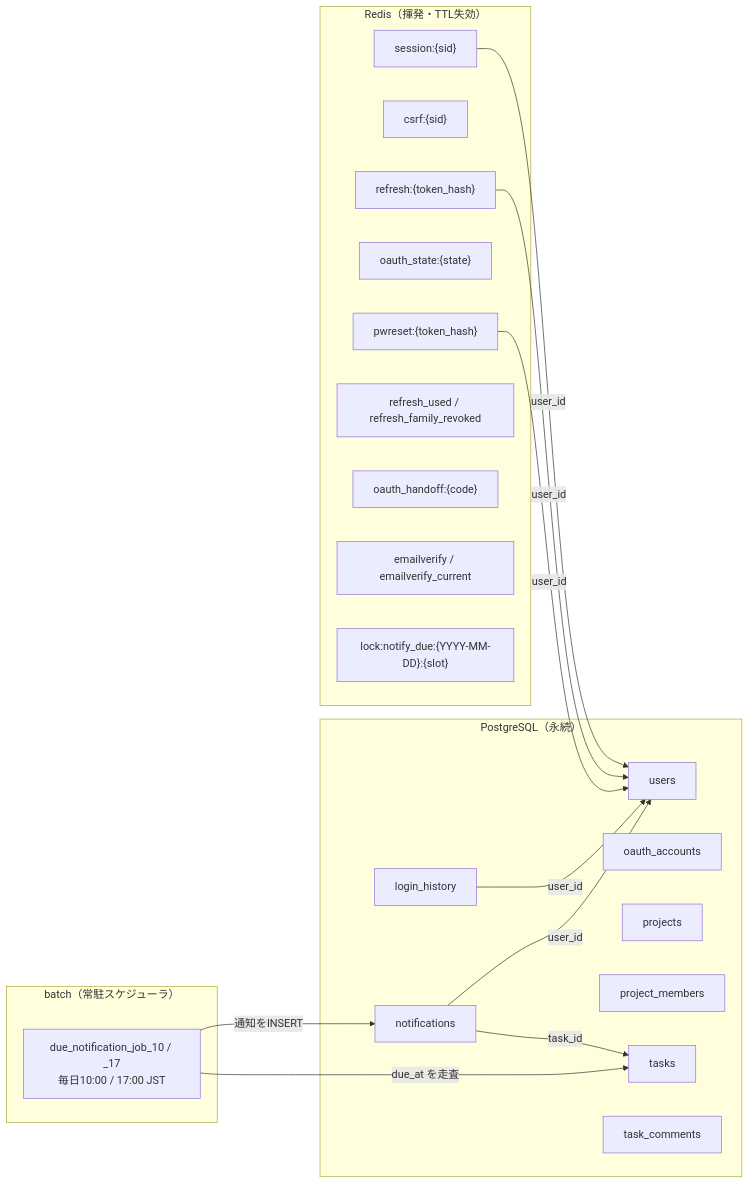
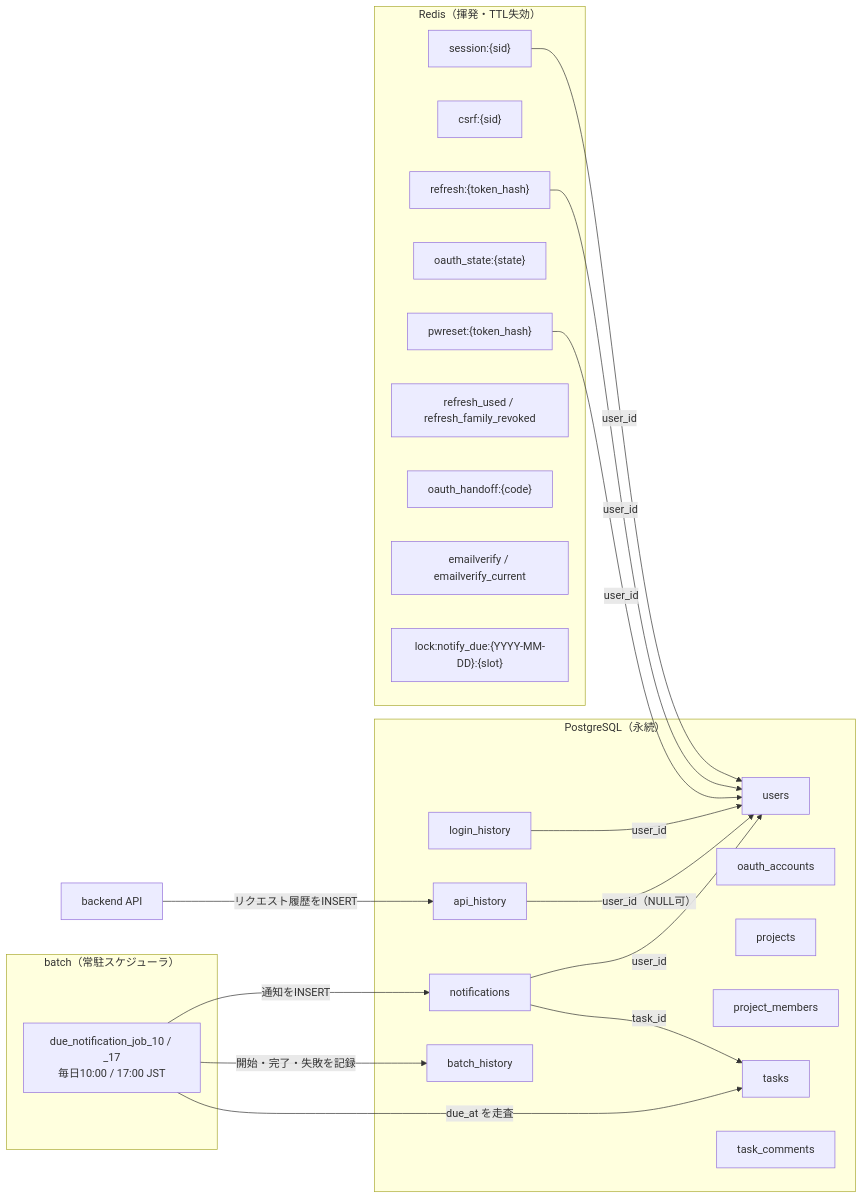
The seventh of 7 diagrams in basic_design/00_overview.md (oikawa-d/task_management), drawn with Mermaid before and after one commit. The commit also changed other lines of this file and 21 other files, not shown here.

````diff
--- a/basic_design/00_overview.md
+++ b/basic_design/00_overview.md
@@ -281,38 +282,43 @@
 ```mermaid
 flowchart LR
     subgraph redis["Redis（揮発・TTL失効）"]
         S1["session:{sid}"]
         S2["csrf:{sid}"]
         S3["refresh:{token_hash}"]
         S4["oauth_state:{state}"]
         S5["pwreset:{token_hash}"]
         S6["refresh_used / refresh_family_revoked"]
         S7["oauth_handoff:{code}"]
         S8["emailverify / emailverify_current"]
         S9["lock:notify_due:{YYYY-MM-DD}:{slot}"]
     end
 
     subgraph batch["batch（常駐スケジューラ）"]
         B1["due_notification_job_10 / _17<br/>毎日10:00 / 17:00 JST"]
     end
 
     subgraph pg["PostgreSQL（永続）"]
         T1["users"]
         T2["oauth_accounts"]
         T3["projects"]
         T4["project_members"]
         T5["tasks"]
         T6["task_comments"]
         T7["login_history"]
         T8["notifications"]
+        T9["api_history"]
+        T10["batch_history"]
     end
 
     S1 -->|user_id| T1
     S3 -->|user_id| T1
     S5 -->|user_id| T1
     T7 -->|user_id| T1
+    T9 -->|user_id（NULL可）| T1
     T8 -->|user_id| T1
     T8 -->|task_id| T5
     B1 -->|"due_at を走査"| T5
     B1 -->|"通知をINSERT"| T8
+    B1 -->|"開始・完了・失敗を記録"| T10
+    API["backend API"] -->|"リクエスト履歴をINSERT"| T9
 ```
````
